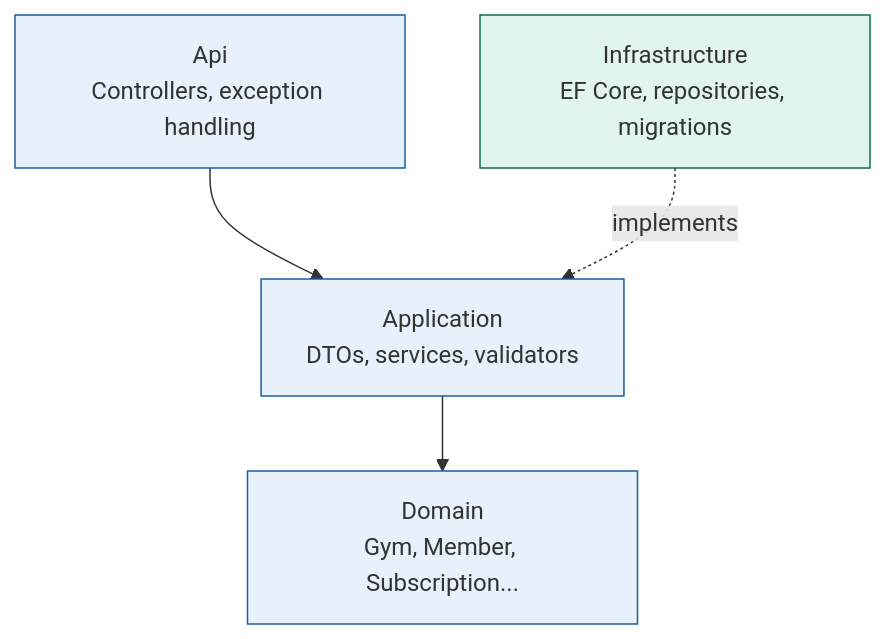
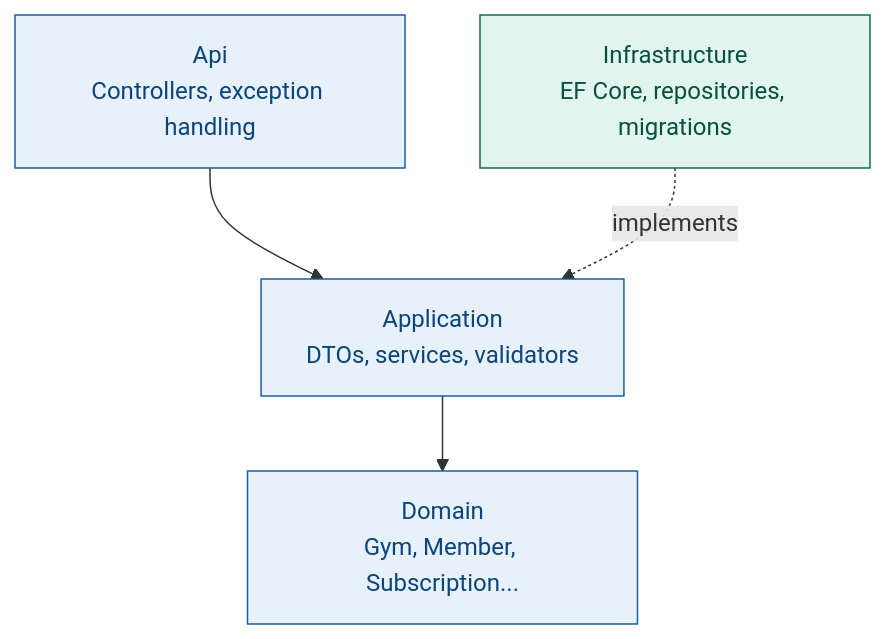
The first of 2 diagrams in README.md (Ommmarr111/Gym-Management-System), drawn with Mermaid before and after one commit.

Commit message:
Modify style colors in README.md
Updated color properties for Api, App, Domain, and Infra styles.

````diff
--- a/README.md
+++ b/README.md
@@ -30,16 +30,16 @@
 ```mermaid
 graph TD
     Api["Api<br/>Controllers, exception handling"]
     App["Application<br/>DTOs, services, validators"]
     Domain["Domain<br/>Gym, Member, Subscription..."]
     Infra["Infrastructure<br/>EF Core, repositories, migrations"]
 
     Api --> App
     App --> Domain
     Infra -.implements.-> App
 
-    style Api fill:#E6F1FB,stroke:#185FA5
-    style App fill:#E6F1FB,stroke:#185FA5
-    style Domain fill:#E6F1FB,stroke:#185FA5
-    style Infra fill:#E1F5EE,stroke:#0F6E56
+    style Api fill:#E6F1FB,stroke:#185FA5,color:#0C447C
+    style App fill:#E6F1FB,stroke:#185FA5,color:#0C447C
+    style Domain fill:#E6F1FB,stroke:#185FA5,color:#0C447C
+    style Infra fill:#E1F5EE,stroke:#0F6E56,color:#085041
 ```
````
